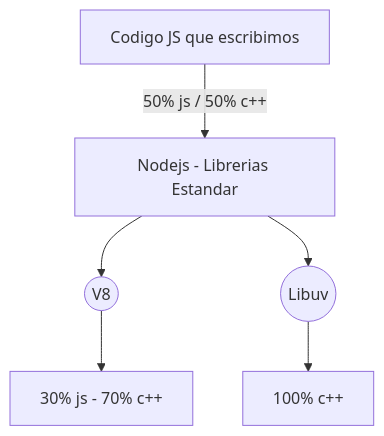
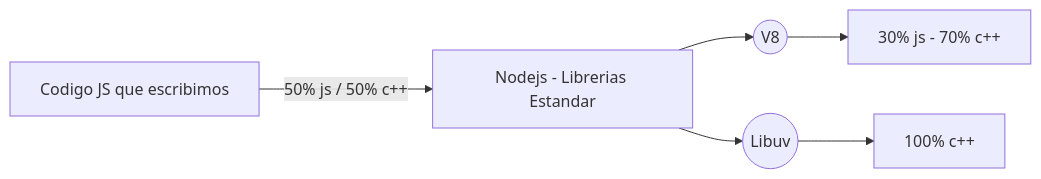
The first of 2 diagrams in src/content/blog/how-start-with-nodejs.mdx (EddCode/EddCode.github.io), drawn with Mermaid before and after one commit. The commit also changed 8 other files, not shown here.

Commit message:
Add Mermaid support to the blog post about Node.js

````diff
--- a/src/content/blog/how-start-with-nodejs.mdx
+++ b/src/content/blog/how-start-with-nodejs.mdx
@@ -102,6 +102,6 @@
 ```mermaid
-graph
+graph LR
 A[Codigo JS que escribimos] -- 50% js / 50% c++ --> B[Nodejs - Librerias Estandar]
 B --> C((V8)) --> E[30% js - 70% c++]
 B --> D((Libuv)) --> F[100% c++]
 ```
````
